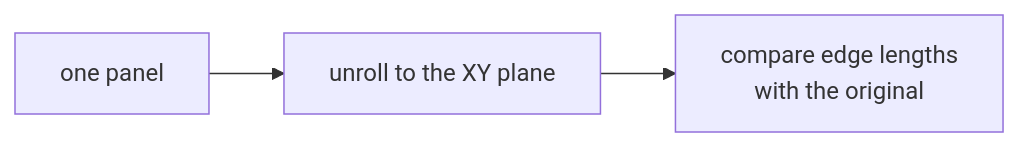
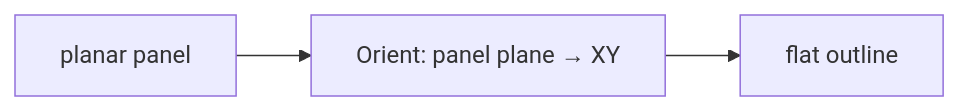
Before and after one commit to rccn-teaching/cdf: the second of 4 diagrams in Lecture/Week_14/goals.md, drawn with Mermaid. The commit also changed other lines of this file and 23 other files, not shown here.

Commit message:
Refactor lecture materials for Weeks 13-15: update README and goals to enhance clarity and structure; adjust session objectives and commands; improve flowcharts and voting processes for better engagement and understanding.

````diff
--- a/Lecture/Week_14/goals.md
+++ b/Lecture/Week_14/goals.md
@@ -17,5 +36,7 @@
 ```mermaid
 flowchart LR
-    P["one panel"] --> U["unroll to the XY plane"]
-    U --> C["compare edge lengths<br/>with the original"]
+    P0["planar panel"]
+    O1["Orient: panel plane → XY"]
+    F2["flat outline"]
+    P0 --> O1 --> F2
 ```
````
